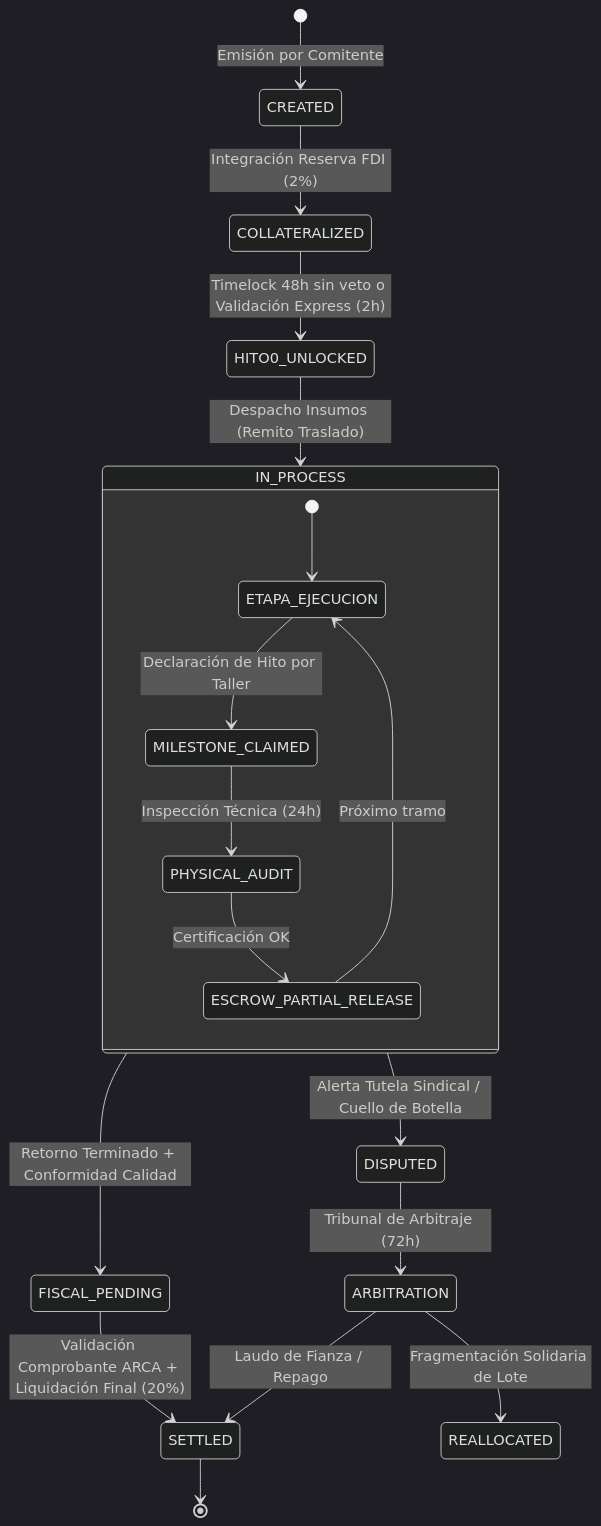
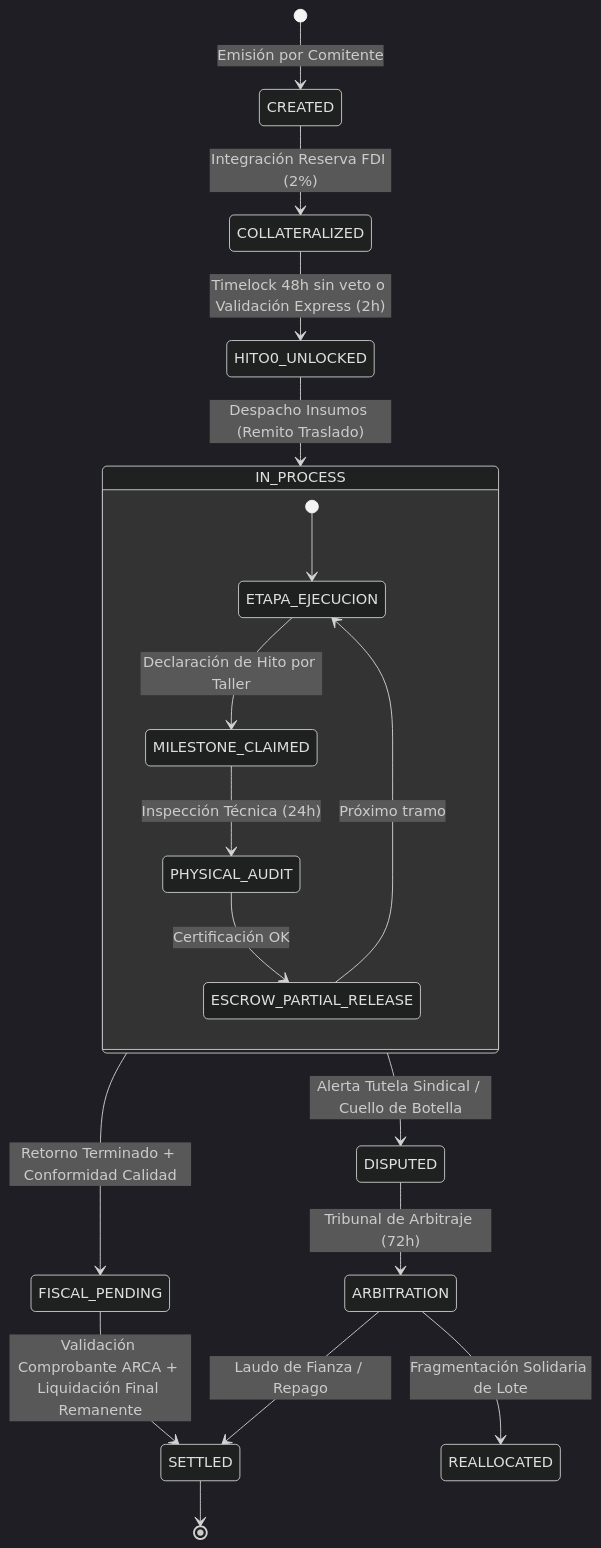
One commit to sarthouse/indinopy changed the third of 6 diagrams in docs/md/paper_protocolo_eop_gobernanza_industrial.md. Above: the diagram before and after it, drawn with Mermaid (dark theme). The commit also changed other lines of this file and 24 other files, not shown here.

````diff
--- a/docs/md/paper_protocolo_eop_gobernanza_industrial.md
+++ b/docs/md/paper_protocolo_eop_gobernanza_industrial.md
@@ -184,24 +186,24 @@
 ```mermaid
 stateDiagram-v2
     [*] --> CREATED: Emisión por Comitente
     CREATED --> COLLATERALIZED: Integración Reserva FDI (2%)
     COLLATERALIZED --> HITO0_UNLOCKED: Timelock 48h sin veto o Validación Express (2h)
     HITO0_UNLOCKED --> IN_PROCESS: Despacho Insumos (Remito Traslado)
     
     state IN_PROCESS {
         [*] --> ETAPA_EJECUCION
         ETAPA_EJECUCION --> MILESTONE_CLAIMED: Declaración de Hito por Taller
         MILESTONE_CLAIMED --> PHYSICAL_AUDIT: Inspección Técnica (24h)
         PHYSICAL_AUDIT --> ESCROW_PARTIAL_RELEASE: Certificación OK
         ESCROW_PARTIAL_RELEASE --> ETAPA_EJECUCION: Próximo tramo
     }
     
     IN_PROCESS --> FISCAL_PENDING: Retorno Terminado + Conformidad Calidad
-    FISCAL_PENDING --> SETTLED: Validación Comprobante ARCA + Liquidación Final (20%)
+    FISCAL_PENDING --> SETTLED: Validación Comprobante ARCA + Liquidación Final Remanente
     IN_PROCESS --> DISPUTED: Alerta Tutela Sindical / Cuello de Botella
     
     DISPUTED --> ARBITRATION: Tribunal de Arbitraje (72h)
     ARBITRATION --> REALLOCATED: Fragmentación Solidaria de Lote
     ARBITRATION --> SETTLED: Laudo de Fianza / Repago
     SETTLED --> [*]
 ```
````
